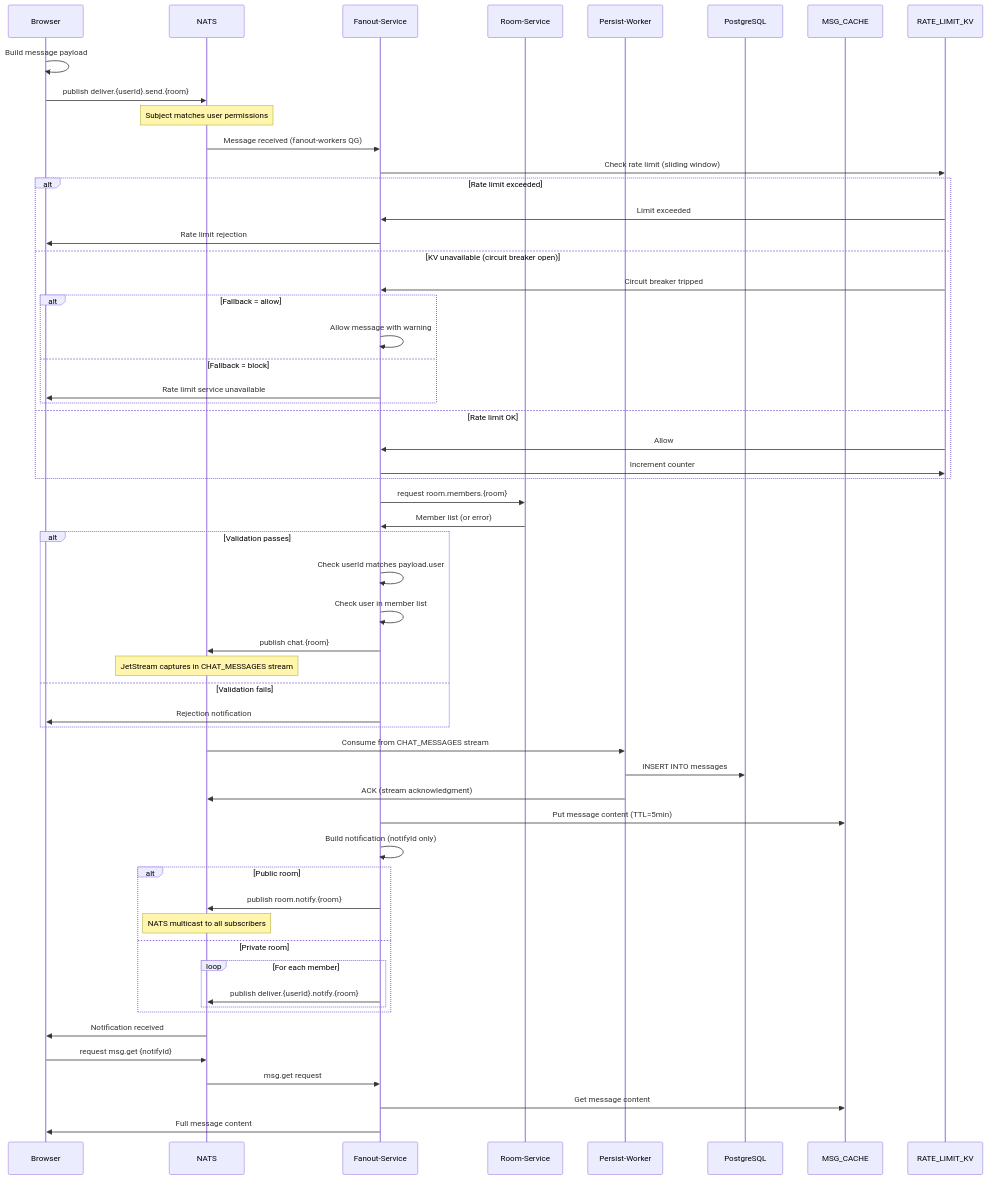
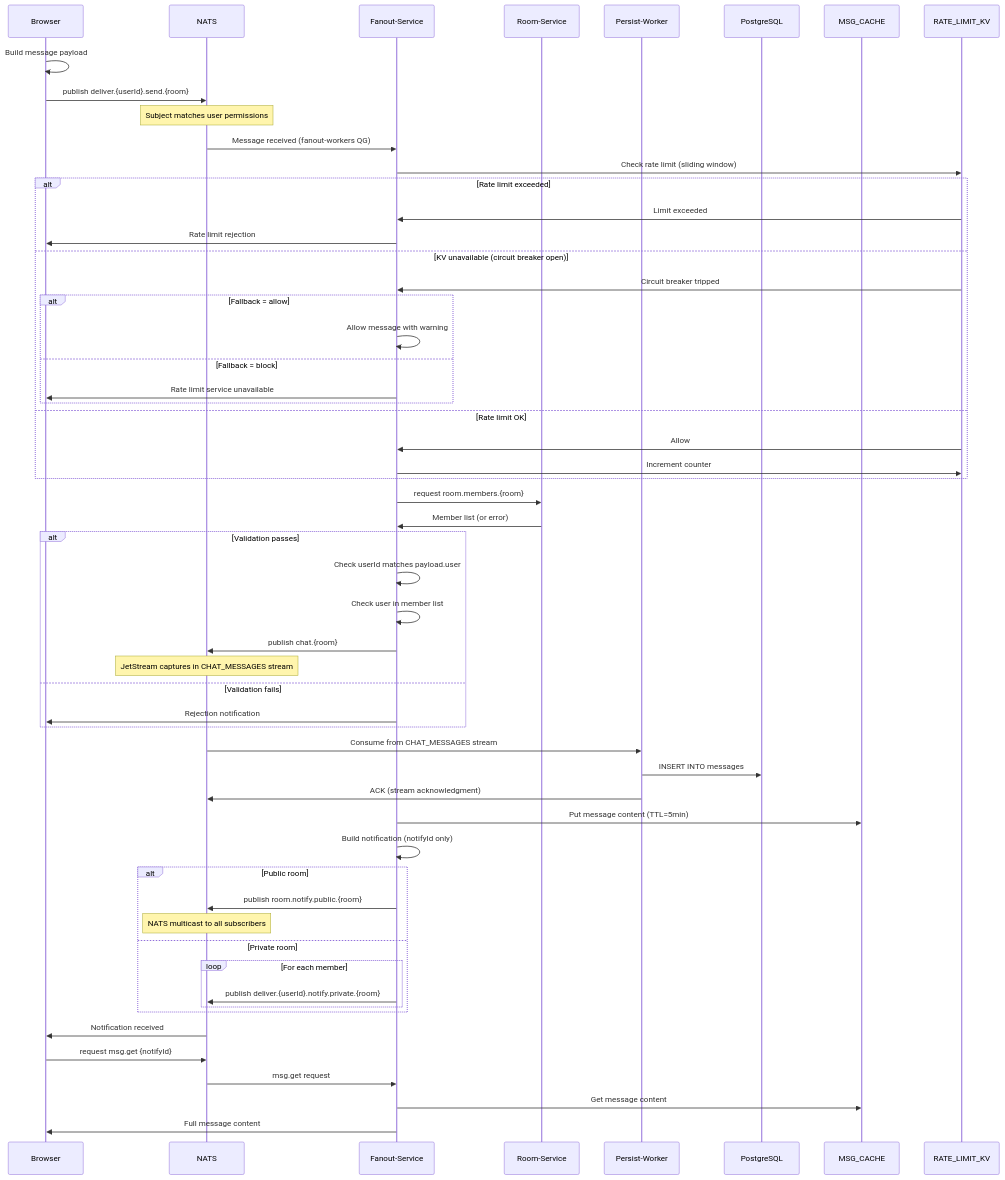
The second of 9 diagrams in docs/seq.md (julianshen/nats-chat-keycloak), drawn with Mermaid before and after one commit. The commit also changed other lines of this file and 3 other files, not shown here.

Commit message:
Cache room visibility lookups and refresh notify subject docs

````diff
--- a/docs/seq.md
+++ b/docs/seq.md
@@ -51,67 +51,67 @@
 ```mermaid
 sequenceDiagram
     participant B as Browser
     participant N as NATS
     participant F as Fanout-Service
     participant R as Room-Service
     participant P as Persist-Worker
     participant DB as PostgreSQL
     participant KV as MSG_CACHE
     participant RL as RATE_LIMIT_KV
 
     B->>B: Build message payload
     B->>N: publish deliver.{userId}.send.{room}
     Note over N: Subject matches user permissions
 
     N->>F: Message received (fanout-workers QG)
     
     F->>RL: Check rate limit (sliding window)
     alt Rate limit exceeded
         RL->>F: Limit exceeded
         F->>B: Rate limit rejection
     else KV unavailable (circuit breaker open)
         RL->>F: Circuit breaker tripped
         alt Fallback = allow
             F->>F: Allow message with warning
         else Fallback = block
             F->>B: Rate limit service unavailable
         end
     else Rate limit OK
         RL->>F: Allow
         F->>RL: Increment counter
     end
     
     F->>R: request room.members.{room}
     R->>F: Member list (or error)
     
     alt Validation passes
         F->>F: Check userId matches payload.user
         F->>F: Check user in member list
         F->>N: publish chat.{room}
         Note over N: JetStream captures in CHAT_MESSAGES stream
     else Validation fails
         F->>B: Rejection notification
     end
 
     N->>P: Consume from CHAT_MESSAGES stream
     P->>DB: INSERT INTO messages
     P->>N: ACK (stream acknowledgment)
 
     F->>KV: Put message content (TTL=5min)
     F->>F: Build notification (notifyId only)
     
     alt Public room
-        F->>N: publish room.notify.{room}
+        F->>N: publish room.notify.public.{room}
         Note over N: NATS multicast to all subscribers
     else Private room
         loop For each member
-            F->>N: publish deliver.{userId}.notify.{room}
+            F->>N: publish deliver.{userId}.notify.private.{room}
         end
     end
 
     N->>B: Notification received
     B->>N: request msg.get {notifyId}
     N->>F: msg.get request
     F->>KV: Get message content
     F->>B: Full message content
 ```
````
